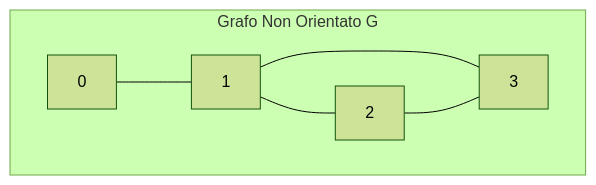
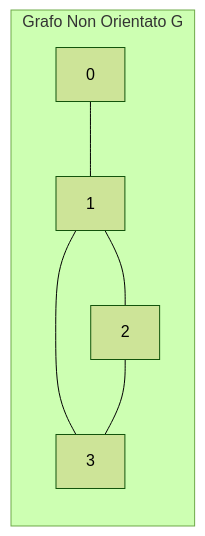
The first of 5 diagrams in anno_1/fondamenti_di_informatica/2026-10-19_grafi_non_orientati_e_alberi.md (dennyb87/informatica-unipi), drawn with Mermaid (forest theme) before and after one commit. The commit also changed other lines of this file, not shown here.

Commit message:
try horizontal

````diff
--- a/anno_1/fondamenti_di_informatica/2026-10-19_grafi_non_orientati_e_alberi.md
+++ b/anno_1/fondamenti_di_informatica/2026-10-19_grafi_non_orientati_e_alberi.md
@@ -12,9 +12,9 @@
 ```mermaid
-graph TD
+graph LR
     subgraph "Grafo Non Orientato G"
         0 --- 1
         1 --- 2
         1 --- 3
         2 --- 3
     end
 ```
````
